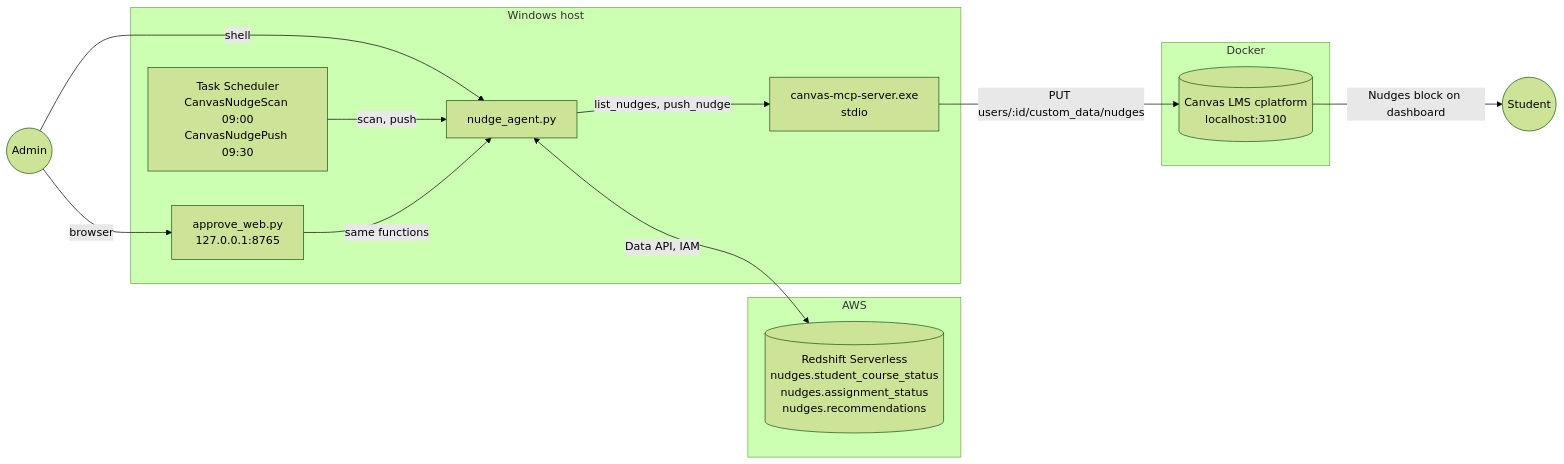
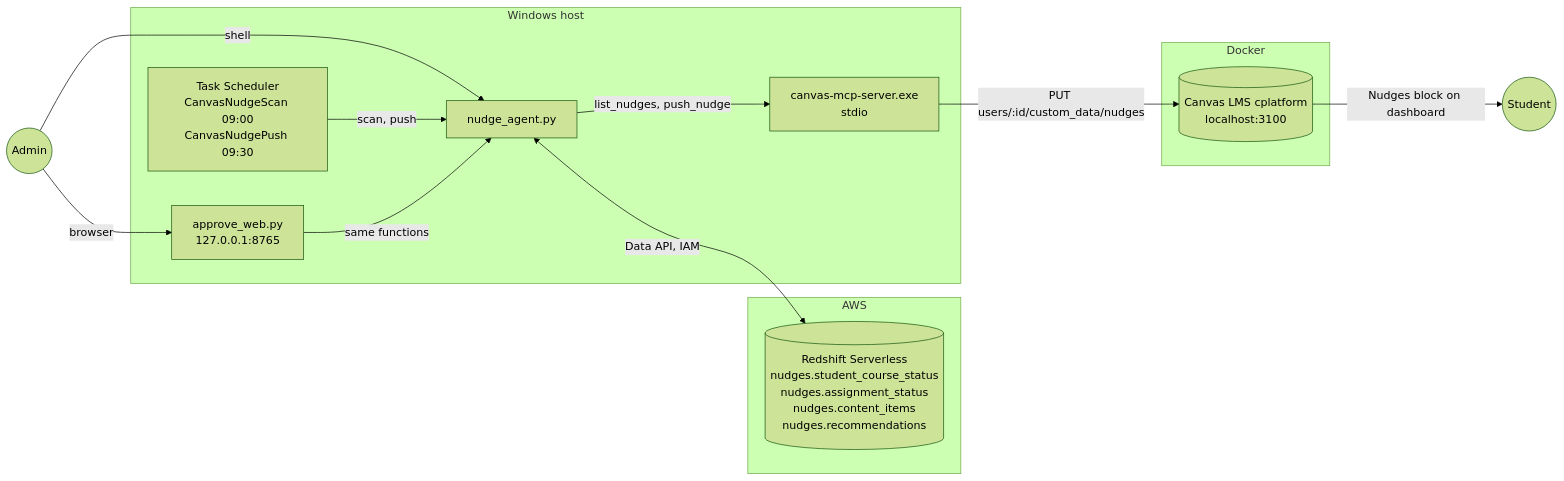
The first of 6 diagrams in docs/ARCHITECTURE.md (rdpatilds/nudge-agent), drawn with Mermaid (forest theme) before and after one commit. The commit also changed other lines of this file and 9 other files, not shown here.

````diff
--- a/docs/ARCHITECTURE.md
+++ b/docs/ARCHITECTURE.md
@@ -24,23 +24,23 @@
 ```mermaid
 flowchart LR
     subgraph AWS
-        RS[(Redshift Serverless<br/>nudges.student_course_status<br/>nudges.assignment_status<br/>nudges.recommendations)]
+        RS[(Redshift Serverless<br/>nudges.student_course_status<br/>nudges.assignment_status<br/>nudges.content_items<br/>nudges.recommendations)]
     end
     subgraph Windows host
         Sched[Task Scheduler<br/>CanvasNudgeScan 09:00<br/>CanvasNudgePush 09:30]
         CLI[nudge_agent.py]
         Web[approve_web.py<br/>127.0.0.1:8765]
         MCP[canvas-mcp-server.exe<br/>stdio]
     end
     subgraph Docker
         Canvas[(Canvas LMS cplatform<br/>localhost:3100)]
     end
     Admin((Admin)) -->|browser| Web
     Admin -->|shell| CLI
     Sched -->|scan, push| CLI
     Web -->|same functions| CLI
     CLI <-->|Data API, IAM| RS
     CLI -->|list_nudges, push_nudge| MCP
     MCP -->|PUT users/:id/custom_data/nudges| Canvas
     Canvas -->|Nudges block on dashboard| Student((Student))
 ```
````
